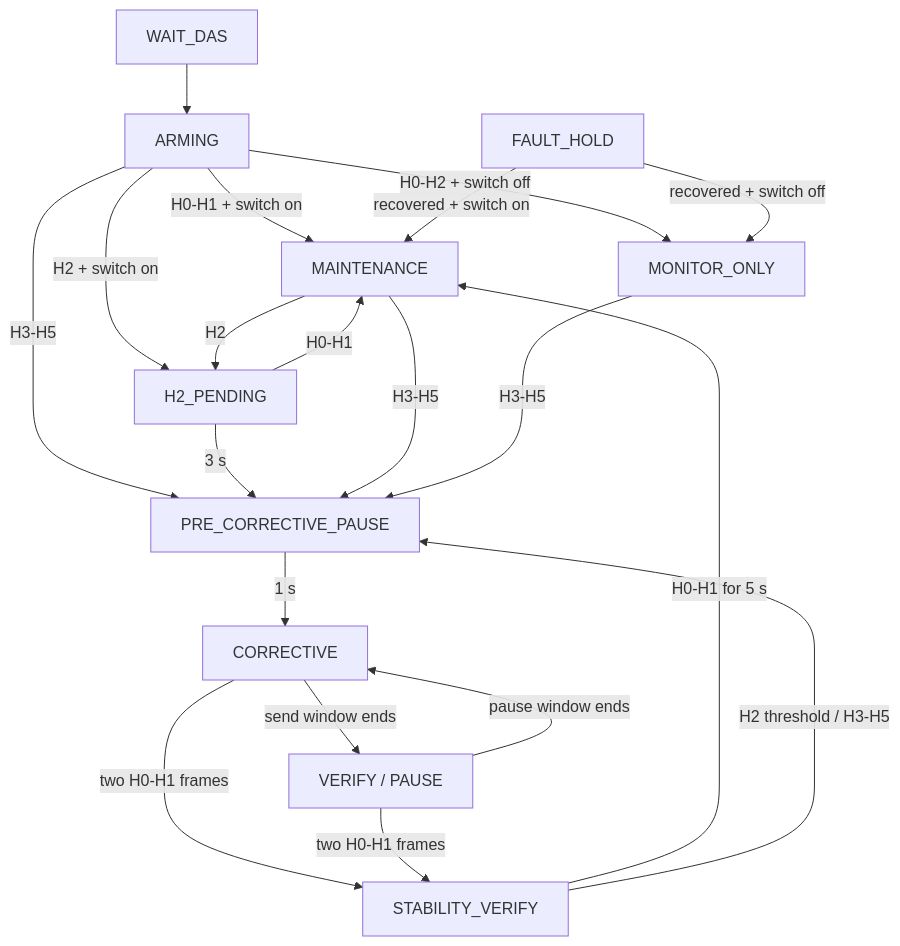
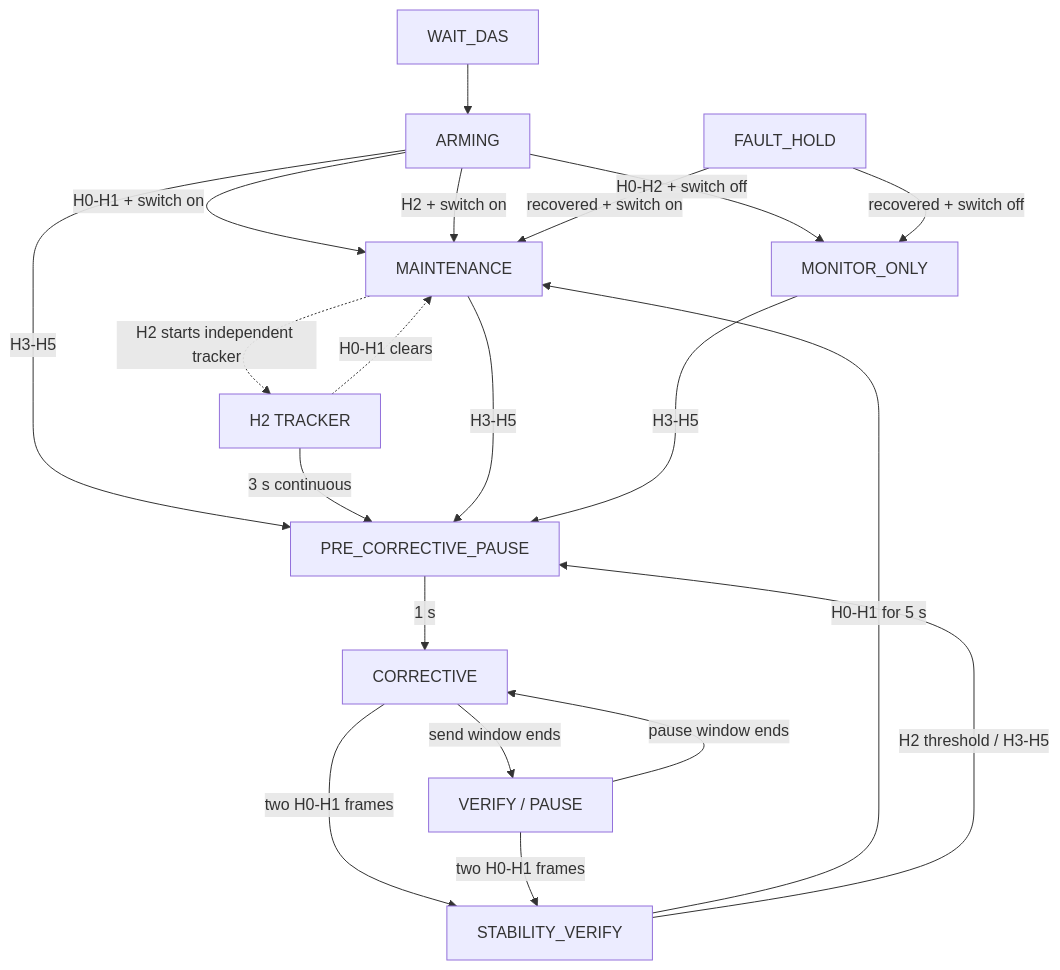
Before and after one commit to 204442021/WiFi-NAG: the diagram in docs/nag-adaptive-closed-loop.md, drawn with Mermaid. The commit also changed other lines of this file and 19 other files, not shown here.

````diff
--- a/docs/nag-adaptive-closed-loop.md
+++ b/docs/nag-adaptive-closed-loop.md
@@ -34,22 +34,22 @@
 ```mermaid
 flowchart TB
     W[WAIT_DAS] --> A[ARMING]
     A -->|H0-H1 + switch on| M[MAINTENANCE]
-    A -->|H2 + switch on| H[H2_PENDING]
+    A -->|H2 + switch on| M
     A -->|H0-H2 + switch off| O[MONITOR_ONLY]
     A -->|H3-H5| Q[PRE_CORRECTIVE_PAUSE]
-    M -->|H2| H
-    H -->|H0-H1| M
-    H -->|3 s| Q
+    M -.->|H2 starts independent tracker| T[H2 TRACKER]
+    T -.->|H0-H1 clears| M
+    T -->|3 s continuous| Q
     M -->|H3-H5| Q
     O -->|H3-H5| Q
     Q -->|1 s| C[CORRECTIVE]
     C -->|send window ends| P[VERIFY / PAUSE]
     P -->|pause window ends| C
     C -->|two H0-H1 frames| S[STABILITY_VERIFY]
     P -->|two H0-H1 frames| S
     S -->|H0-H1 for 5 s| M
     S -->|H2 threshold / H3-H5| Q
     F[FAULT_HOLD] -->|recovered + switch on| M
     F -->|recovered + switch off| O
 ```
````
